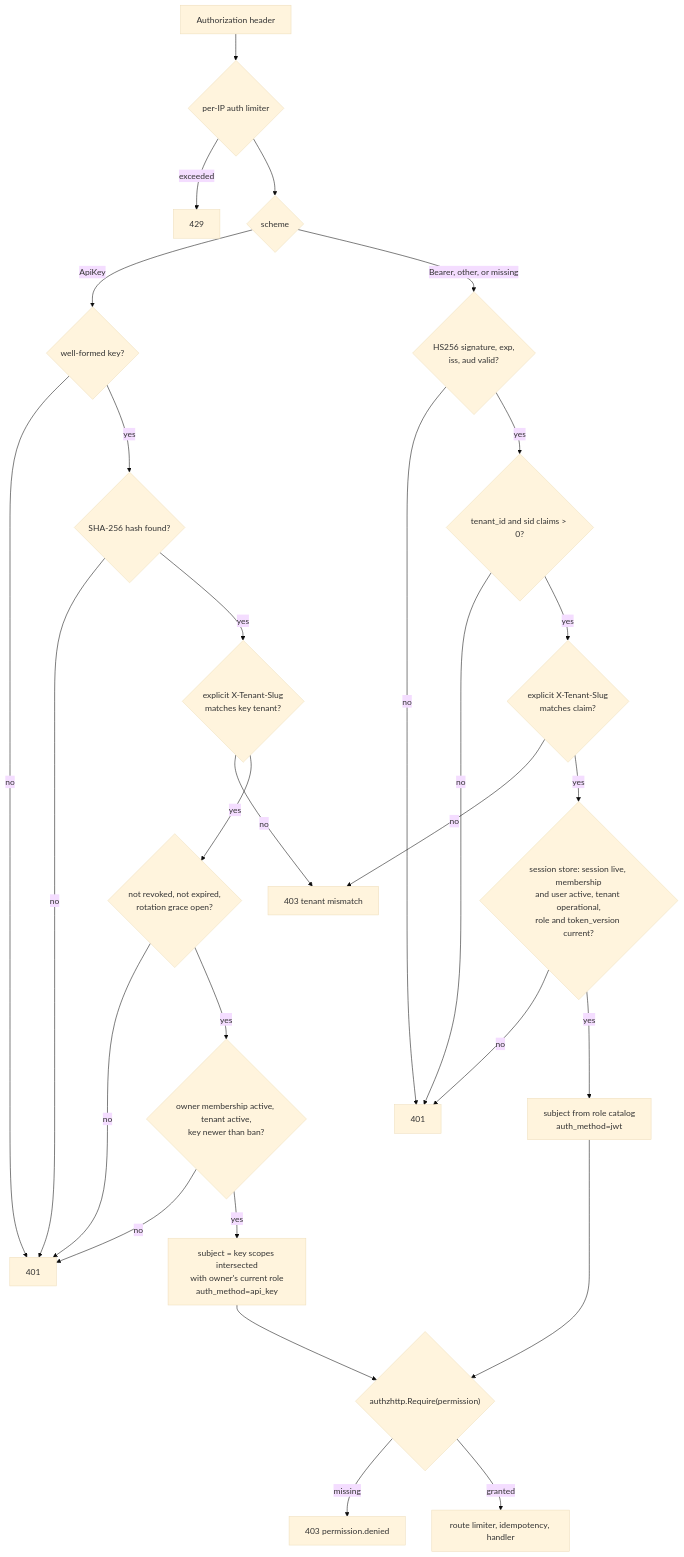
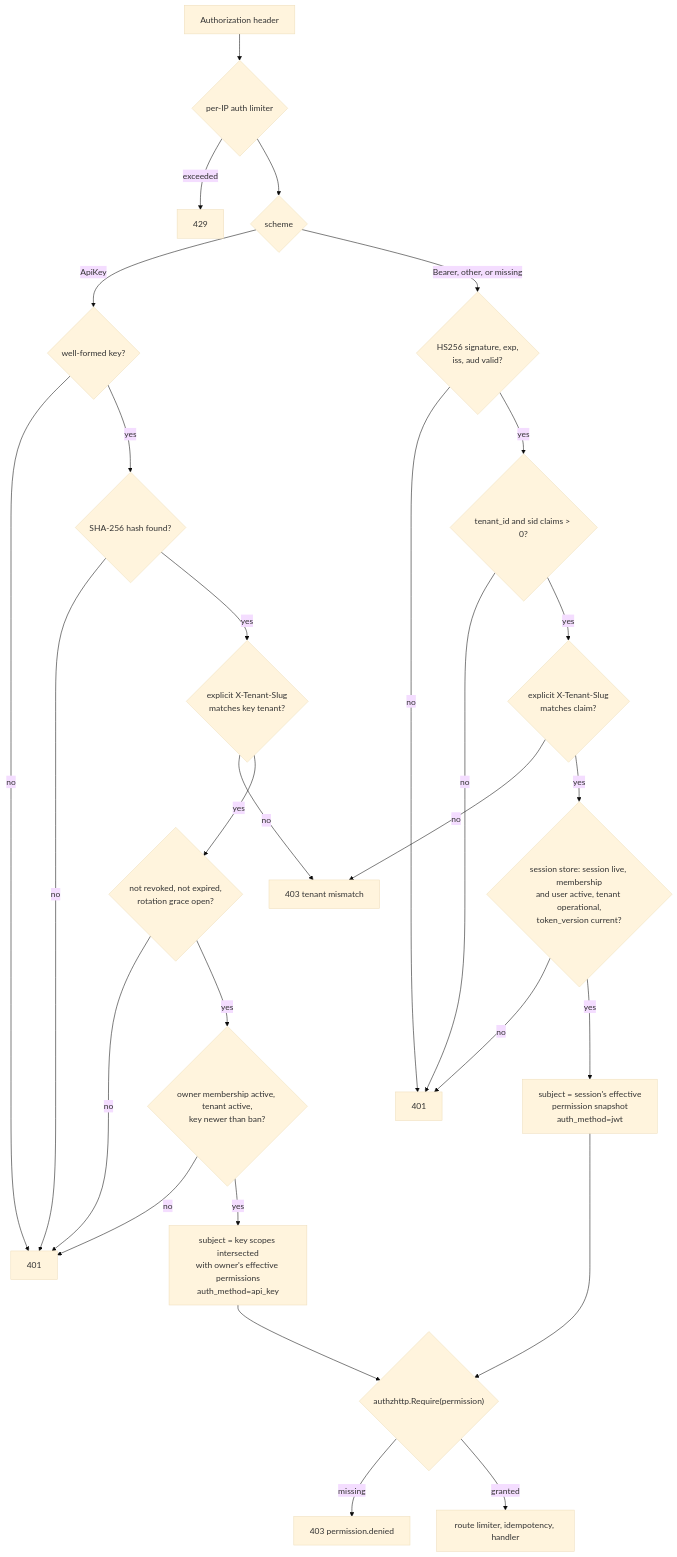
One commit to chuanghiduoc/fiber-golang-boilerplate changed the third of 3 diagrams in docs/api-design.md. Above: the diagram before and after it, drawn with Mermaid (base theme). The commit also changed other lines of this file and 118 other files, not shown here.

````diff
--- a/docs/api-design.md
+++ b/docs/api-design.md
@@ -182,30 +182,30 @@
 ```mermaid
 flowchart TD
     req["Authorization header"] --> lim{"per-IP auth limiter"}
     lim -->|exceeded| r429["429"]
     lim --> scheme{"scheme"}
     scheme -->|ApiKey| fmt{"well-formed key?"}
     scheme -->|"Bearer, other, or missing"| jwt{"HS256 signature, exp,<br/>iss, aud valid?"}
     fmt -->|no| r401a["401"]
     fmt -->|yes| hash{"SHA-256 hash found?"}
     hash -->|no| r401a
     hash -->|yes| khdr{"explicit X-Tenant-Slug<br/>matches key tenant?"}
     khdr -->|no| r403["403 tenant mismatch"]
     khdr -->|yes| kstate{"not revoked, not expired,<br/>rotation grace open?"}
     kstate -->|no| r401a
     kstate -->|yes| owner{"owner membership active, tenant active,<br/>key newer than ban?"}
     owner -->|no| r401a
-    owner -->|yes| ksub["subject = key scopes intersected<br/>with owner's current role<br/>auth_method=api_key"]
+    owner -->|yes| ksub["subject = key scopes intersected<br/>with owner's effective permissions<br/>auth_method=api_key"]
     jwt -->|no| r401b["401"]
     jwt -->|yes| claim{"tenant_id and sid claims > 0?"}
     claim -->|no| r401b
     claim -->|yes| jhdr{"explicit X-Tenant-Slug<br/>matches claim?"}
     jhdr -->|no| r403
-    jhdr -->|yes| sess{"session store: session live, membership<br/>and user active, tenant operational,<br/>role and token_version current?"}
+    jhdr -->|yes| sess{"session store: session live, membership<br/>and user active, tenant operational,<br/>token_version current?"}
     sess -->|no| r401b
-    sess -->|yes| jsub["subject from role catalog<br/>auth_method=jwt"]
+    sess -->|yes| jsub["subject = session's effective<br/>permission snapshot<br/>auth_method=jwt"]
     ksub --> authz{"authzhttp.Require(permission)"}
     jsub --> authz
     authz -->|missing| d403["403 permission.denied"]
     authz -->|granted| next["route limiter, idempotency, handler"]
 ```
````
